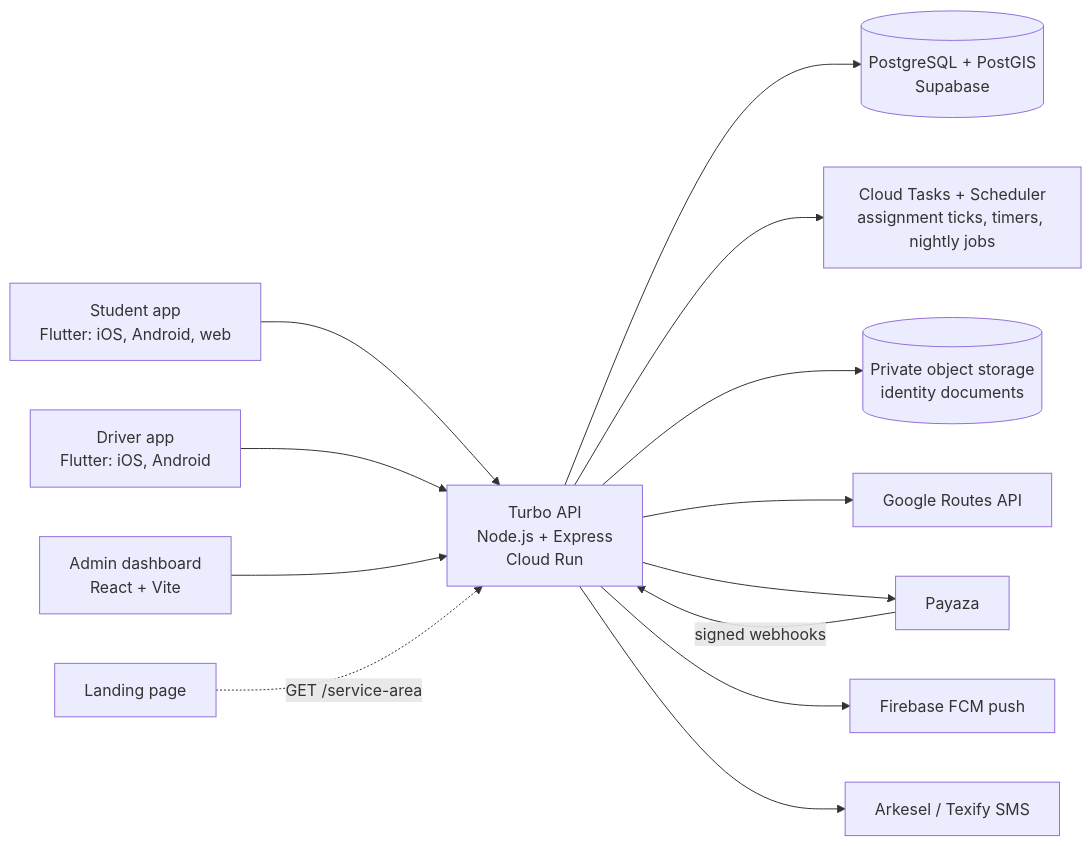
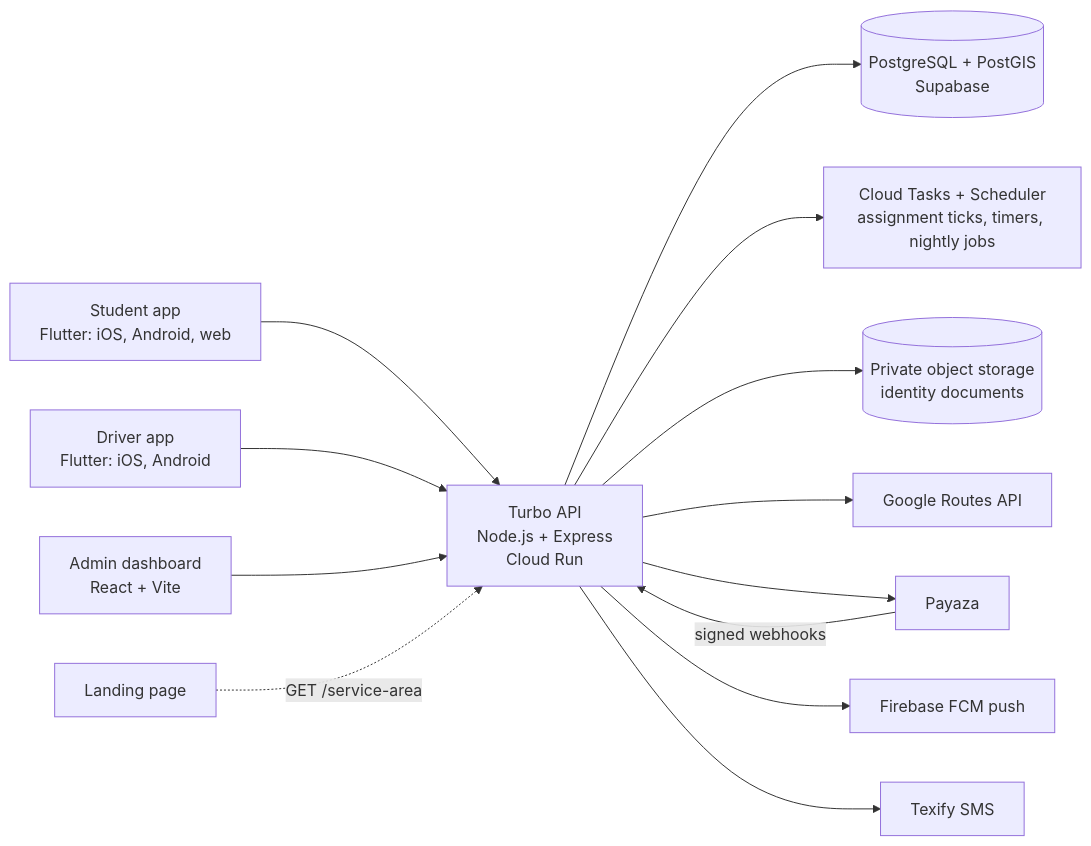
Before and after one commit to Kaddoo/turbo-application: the diagram in docs/02-architecture.md, drawn with Mermaid. The commit also changed other lines of this file and 5 other files, not shown here.

Commit message:
Update SMS and email configuration to use Texify and Nodemailer

````diff
--- a/docs/02-architecture.md
+++ b/docs/02-architecture.md
@@ -12,15 +12,15 @@
 ```mermaid
 flowchart LR
   SA["Student app<br/>Flutter: iOS, Android, web"] --> API
   DA["Driver app<br/>Flutter: iOS, Android"] --> API
   AD["Admin dashboard<br/>React + Vite"] --> API
   LP["Landing page"] -. "GET /service-area" .-> API
   API["Turbo API<br/>Node.js + Express<br/>Cloud Run"] --> PG[("PostgreSQL + PostGIS<br/>Supabase")]
   API --> CT["Cloud Tasks + Scheduler<br/>assignment ticks, timers, nightly jobs"]
   API --> ST[("Private object storage<br/>identity documents")]
   API --> MAPS["Google Routes API"]
   API --> PAY["Payaza"]
   PAY -- "signed webhooks" --> API
   API --> FCM["Firebase FCM push"]
-  API --> SMS["Arkesel / Texify SMS"]
+  API --> SMS["Texify SMS"]
 ```
````
